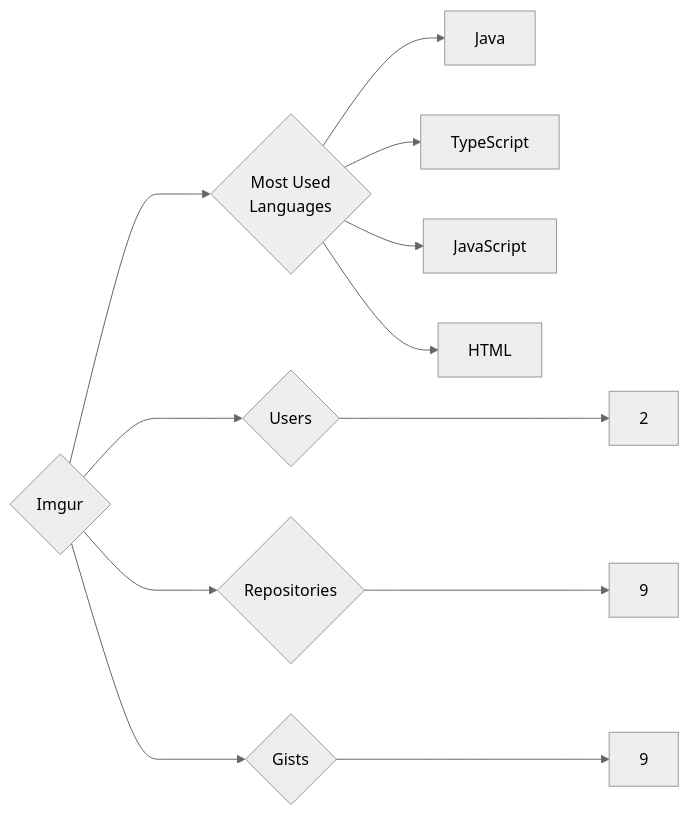
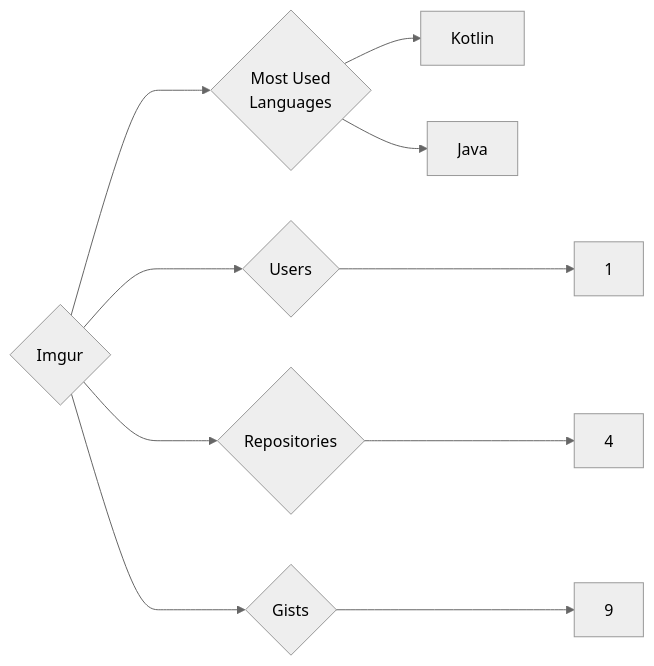
One commit to trickest/insiders changed the diagram in targets/Imgur/README.md. Above: the diagram before and after it, drawn with Mermaid (neutral theme). The commit also changed 899 other files, not shown here.

````diff
--- a/targets/Imgur/README.md
+++ b/targets/Imgur/README.md
@@ -3,12 +3,10 @@
 ```mermaid
 graph LR
 COMPANY_NAME{Imgur}
-COMPANY_NAME ---> U{Users} ---> UN[2]
-COMPANY_NAME ---> R{Repositories} ---> RN[9]
+COMPANY_NAME ---> U{Users} ---> UN[1]
+COMPANY_NAME ---> R{Repositories} ---> RN[4]
 COMPANY_NAME ---> G{Gists} ---> GN[9]
 COMPANY_NAME ---> ML{Most Used<br>Languages}
+ML --> Kotlin[Kotlin]
 ML --> Java[Java]
-ML --> TypeScript[TypeScript]
-ML --> JavaScript[JavaScript]
-ML --> HTML[HTML]
 ```
````
